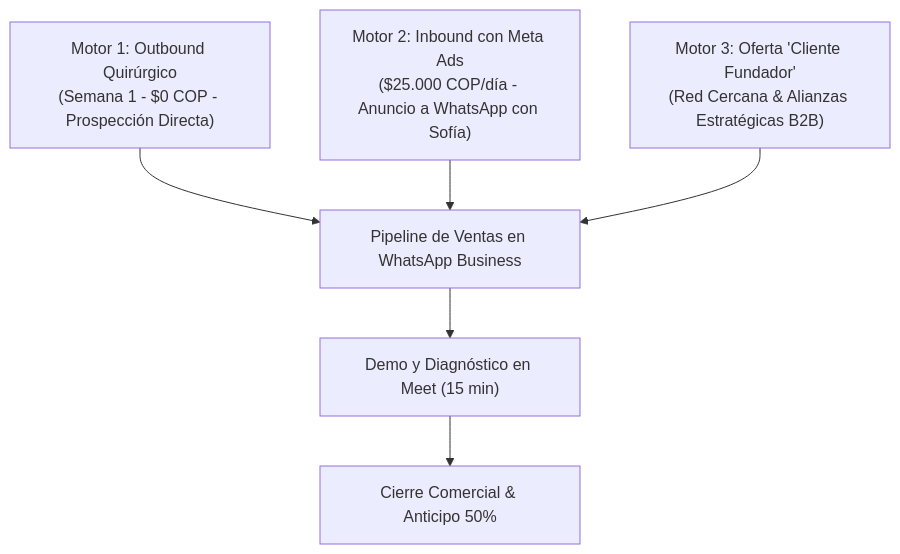
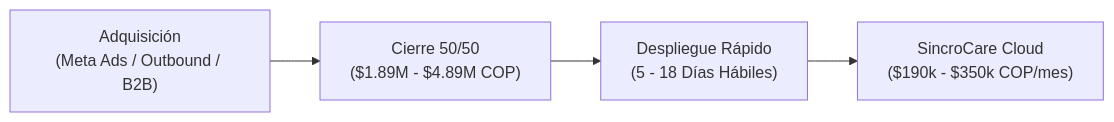
The second of 10 diagrams in docs/PLAN_DE_NEGOCIOS_SINCROIA.md (AlejoLamg/Sincria-), drawn with Mermaid before and after one commit. The commit also changed other lines of this file, not shown here.

Commit message:
docs: update business plan to v2.0 with marketing engine, dual-path funnel, and legal compliance

````diff
--- a/docs/PLAN_DE_NEGOCIOS_SINCROIA.md
+++ b/docs/PLAN_DE_NEGOCIOS_SINCROIA.md
@@ -216,8 +97,6 @@
 ```mermaid
-flowchart TD
-    M1["Motor 1: Outbound Quirúrgico<br/>(Semana 1 - $0 COP - Prospección Directa)"] --> Pipe["Pipeline de Ventas en WhatsApp Business"]
-    M2["Motor 2: Inbound con Meta Ads<br/>($25.000 COP/día - Anuncio a WhatsApp con Sofía)"] --> Pipe
-    M3["Motor 3: Oferta 'Cliente Fundador'<br/>(Red Cercana & Alianzas Estratégicas B2B)"] --> Pipe
-    Pipe --> Meet["Demo y Diagnóstico en Meet (15 min)"]
-    Meet --> Pay["Cierre Comercial & Anticipo 50%"]
+flowchart LR
+    A["Adquisición<br/>(Meta Ads / Outbound / B2B)"] --> B["Cierre 50/50<br/>($1.89M - $4.89M COP)"]
+    B --> C["Despliegue Rápido<br/>(5 - 18 Días Hábiles)"]
+    C --> D["SincroCare Cloud<br/>($190k - $350k COP/mes)"]
 ```
````
